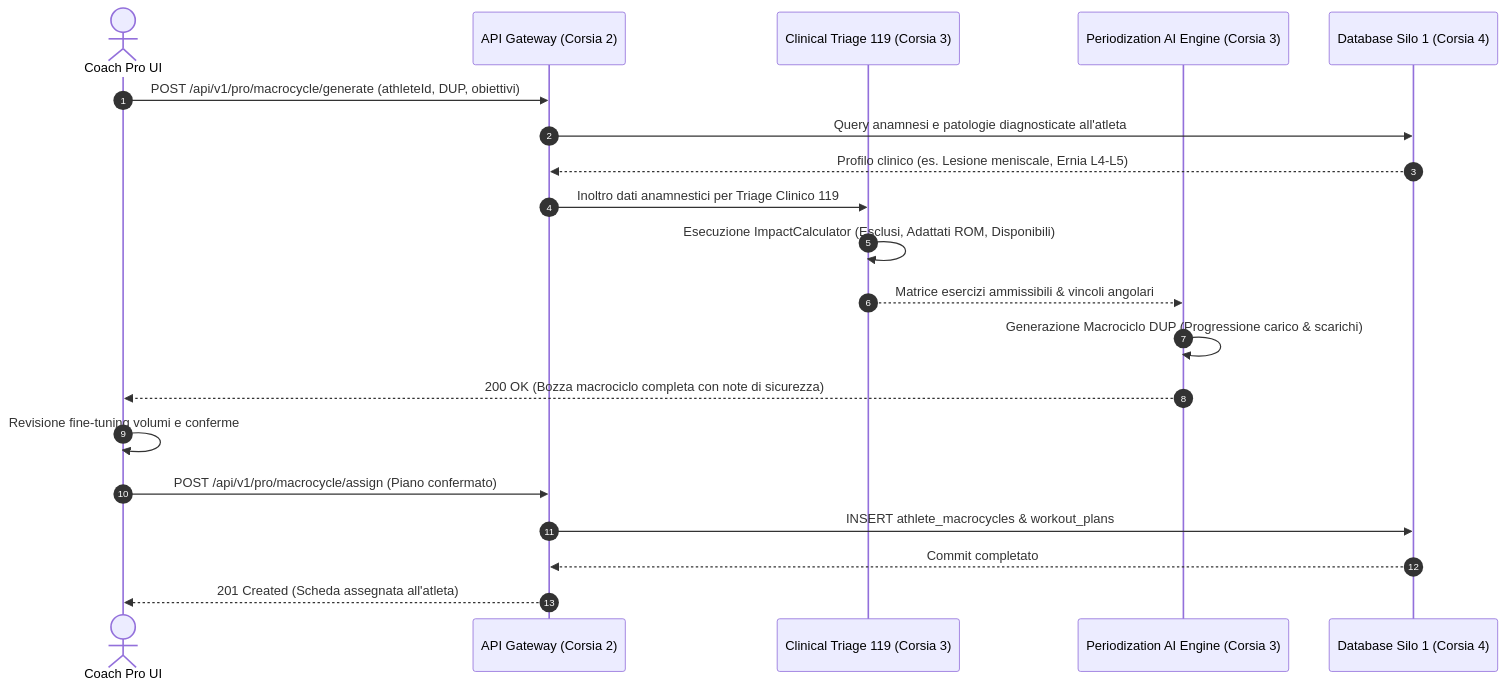
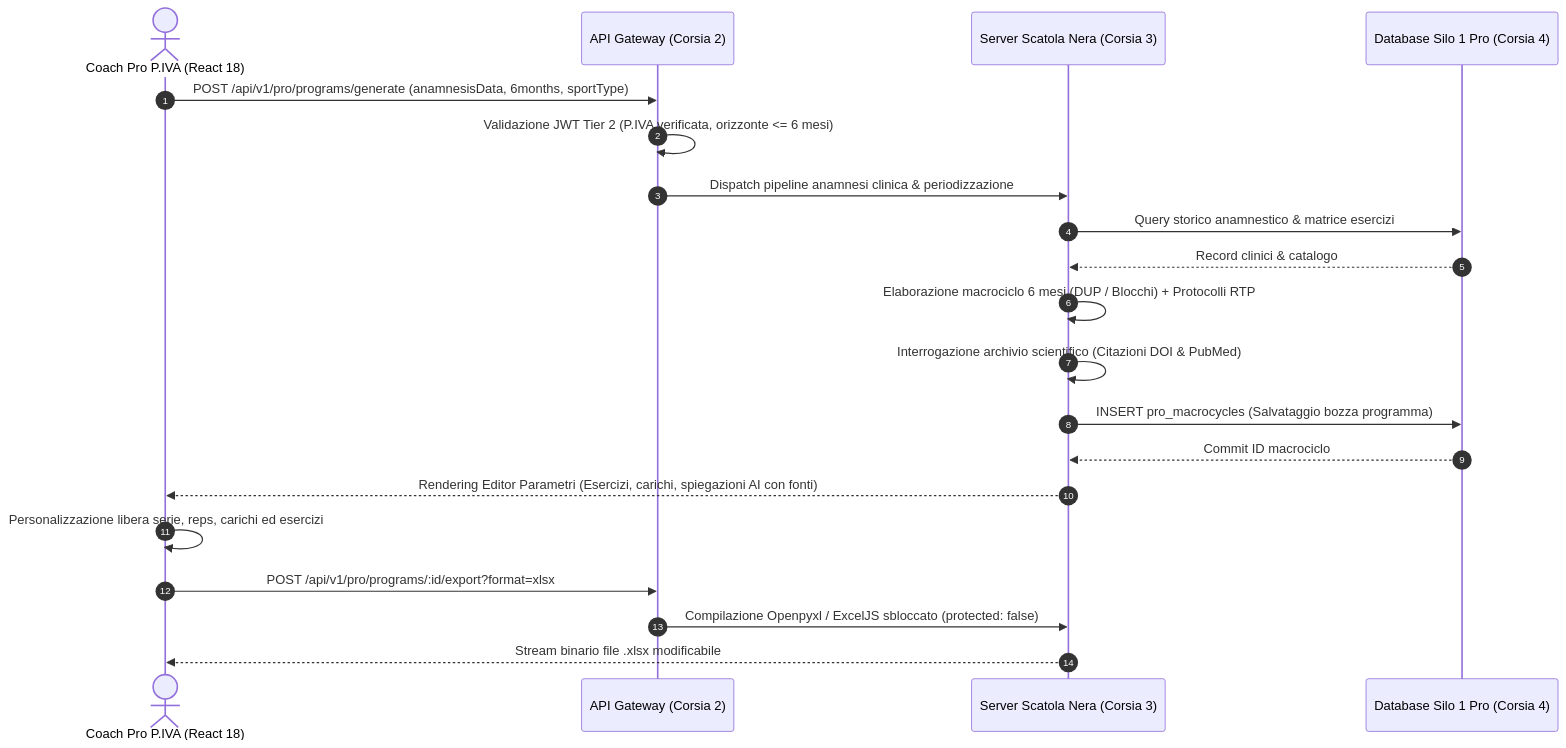
Before and after one commit to sportscience2025-star/Sports-Analytics-Platform---T7-Workout-APP: the first of 2 diagrams in architecture-blueprint/00-capitolato-tecnico-e-glossario/09-software-2-flow-3b-macrocycle-ai-triage119.md, drawn with Mermaid. The commit also changed other lines of this file and 16 other files, not shown here.

Commit message:
feat(miro): align Col 3 flowcharts #03, #09, #15 to 3-tiers programming specifications and readiness section

````diff
--- a/architecture-blueprint/00-capitolato-tecnico-e-glossario/09-software-2-flow-3b-macrocycle-ai-triage119.md
+++ b/architecture-blueprint/00-capitolato-tecnico-e-glossario/09-software-2-flow-3b-macrocycle-ai-triage119.md
@@ -49,24 +51,24 @@
 ```mermaid
 sequenceDiagram
     autonumber
-    actor Coach as Coach Pro UI
+    actor Coach as Coach Pro P.IVA (React 18)
     participant GW as API Gateway (Corsia 2)
-    participant TRIAGE as Clinical Triage 119 (Corsia 3)
-    participant PERIOD as Periodization AI Engine (Corsia 3)
-    participant DB as Database Silo 1 (Corsia 4)
+    participant SRV as Server Scatola Nera (Corsia 3)
+    participant DB as Database Silo 1 Pro (Corsia 4)
 
-    Coach->>GW: POST /api/v1/pro/macrocycle/generate (athleteId, DUP, obiettivi)
-    GW->>DB: Query anamnesi e patologie diagnosticate all'atleta
-    DB-->>GW: Profilo clinico (es. Lesione meniscale, Ernia L4-L5)
-    GW->>TRIAGE: Inoltro dati anamnestici per Triage Clinico 119
-    TRIAGE->>TRIAGE: Esecuzione ImpactCalculator (Esclusi, Adattati ROM, Disponibili)
-    TRIAGE-->>PERIOD: Matrice esercizi ammissibili & vincoli angolari
-    PERIOD->>PERIOD: Generazione Macrociclo DUP (Progressione carico & scarichi)
-    PERIOD-->>Coach: 200 OK (Bozza macrociclo completa con note di sicurezza)
+    Coach->>GW: POST /api/v1/pro/programs/generate (anamnesisData, 6months, sportType)
+    GW->>GW: Validazione JWT Tier 2 (P.IVA verificata, orizzonte <= 6 mesi)
+    GW->>SRV: Dispatch pipeline anamnesi clinica & periodizzazione
+    SRV->>DB: Query storico anamnestico & matrice esercizi
+    DB-->>SRV: Record clinici & catalogo
+    SRV->>SRV: Elaborazione macrociclo 6 mesi (DUP / Blocchi) + Protocolli RTP
+    SRV->>SRV: Interrogazione archivio scientifico (Citazioni DOI & PubMed)
+    SRV->>DB: INSERT pro_macrocycles (Salvataggio bozza programma)
+    DB-->>SRV: Commit ID macrociclo
+    SRV-->>Coach: Rendering Editor Parametri (Esercizi, carichi, spiegazioni AI con fonti)
 
-    Coach->>Coach: Revisione fine-tuning volumi e conferme
-    Coach->>GW: POST /api/v1/pro/macrocycle/assign (Piano confermato)
-    GW->>DB: INSERT athlete_macrocycles & workout_plans
-    DB-->>GW: Commit completato
-    GW-->>Coach: 201 Created (Scheda assegnata all'atleta)
+    Coach->>Coach: Personalizzazione libera serie, reps, carichi ed esercizi
+    Coach->>GW: POST /api/v1/pro/programs/:id/export?format=xlsx
+    GW->>SRV: Compilazione Openpyxl / ExcelJS sbloccato (protected: false)
+    SRV-->>Coach: Stream binario file .xlsx modificabile
 ```
````
